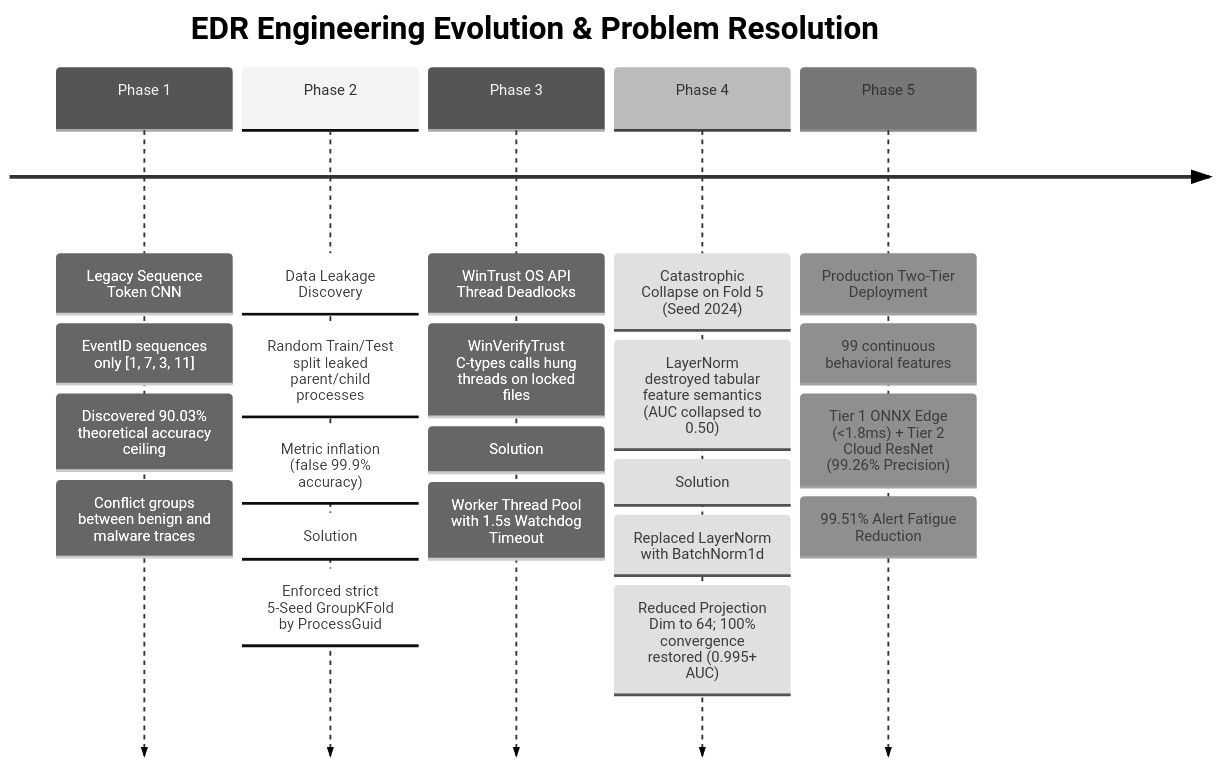
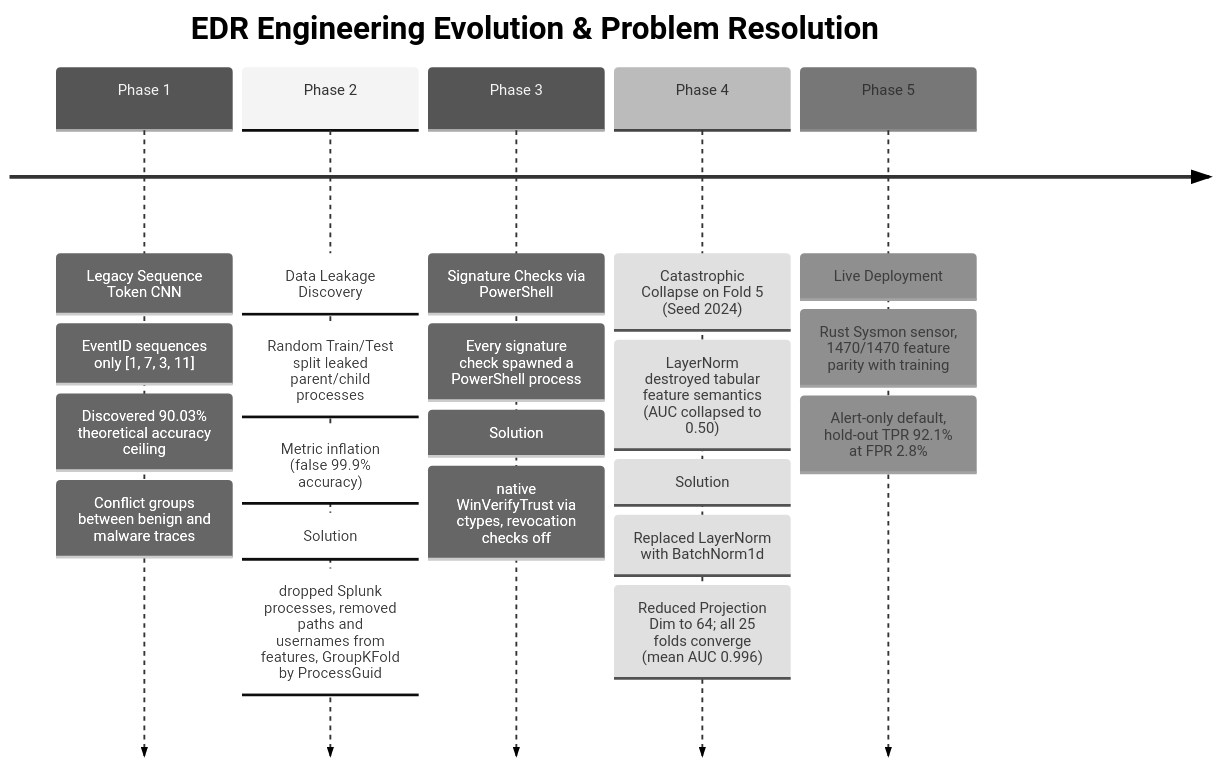
Before and after one commit to RKG765/Behavioral-Cyber-Resilient-Detection-Framework-for-Early-Detection-of-Ransomware-Attacks: the seventh of 8 diagrams in README.md, drawn with Mermaid (neutral theme). The commit also changed other lines of this file and 2 other files, not shown here.

````diff
--- a/README.md
+++ b/README.md
@@ -568,23 +542,22 @@
 ```mermaid
 timeline
     title EDR Engineering Evolution & Problem Resolution
     Phase 1 : Legacy Sequence Token CNN
             : EventID sequences only [1, 7, 3, 11]
             : Discovered 90.03% theoretical accuracy ceiling
             : Conflict groups between benign and malware traces
     Phase 2 : Data Leakage Discovery
             : Random Train/Test split leaked parent/child processes
             : Metric inflation (false 99.9% accuracy)
-            : Solution: Enforced strict 5-Seed GroupKFold by ProcessGuid
-    Phase 3 : WinTrust OS API Thread Deadlocks
-            : WinVerifyTrust C-types calls hung threads on locked files
-            : Solution: Worker Thread Pool with 1.5s Watchdog Timeout
+            : Solution: dropped Splunk processes, removed paths and usernames from features, GroupKFold by ProcessGuid
+    Phase 3 : Signature Checks via PowerShell
+            : Every signature check spawned a PowerShell process
+            : Solution: native WinVerifyTrust via ctypes, revocation checks off
     Phase 4 : Catastrophic Collapse on Fold 5 (Seed 2024)
             : LayerNorm destroyed tabular feature semantics (AUC collapsed to 0.50)
             : Solution: Replaced LayerNorm with BatchNorm1d
-            : Reduced Projection Dim to 64; 100% convergence restored (0.995+ AUC)
-    Phase 5 : Production Two-Tier Deployment
-            : 99 continuous behavioral features
-            : Tier 1 ONNX Edge (<1.8ms) + Tier 2 Cloud ResNet (99.26% Precision)
-            : 99.51% Alert Fatigue Reduction
+            : Reduced Projection Dim to 64; all 25 folds converge (mean AUC 0.996)
+    Phase 5 : Live Deployment
+            : Rust Sysmon sensor, 1470/1470 feature parity with training
+            : Alert-only default, hold-out TPR 92.1% at FPR 2.8%
 ```
````
